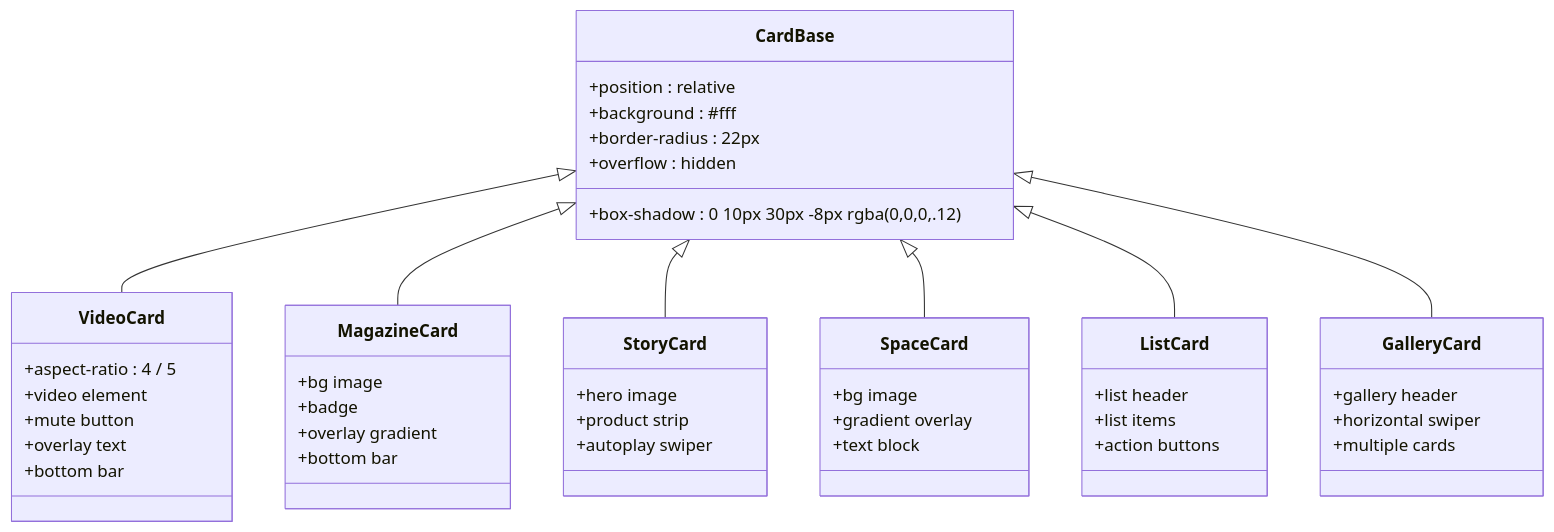
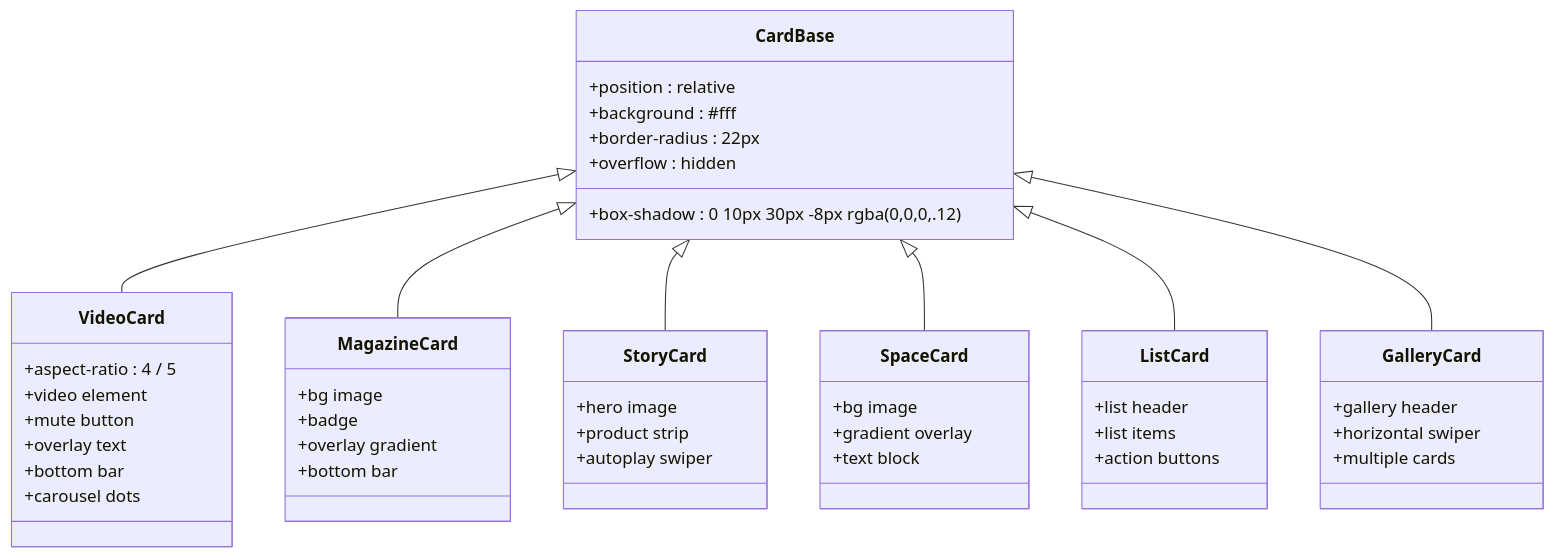
One commit to billye220670/newSquare changed the fourth of 7 diagrams in .qoder/repowiki/zh/content/样式和动画系统.md. Above: the diagram before and after it, drawn with Mermaid. The commit also changed other lines of this file and 14 other files, not shown here.

````diff
--- a/.qoder/repowiki/zh/content/样式和动画系统.md
+++ b/.qoder/repowiki/zh/content/样式和动画系统.md
@@ -198,49 +217,50 @@
 ```mermaid
 classDiagram
 class CardBase {
 +position : relative
 +background : #fff
 +border-radius : 22px
 +overflow : hidden
 +box-shadow : 0 10px 30px -8px rgba(0,0,0,.12)
 }
 class VideoCard {
 +aspect-ratio : 4 / 5
 +video element
 +mute button
 +overlay text
 +bottom bar
++carousel dots
 }
 class MagazineCard {
 +bg image
 +badge
 +overlay gradient
 +bottom bar
 }
 class StoryCard {
 +hero image
 +product strip
 +autoplay swiper
 }
 class SpaceCard {
 +bg image
 +gradient overlay
 +text block
 }
 class ListCard {
 +list header
 +list items
 +action buttons
 }
 class GalleryCard {
 +gallery header
 +horizontal swiper
 +multiple cards
 }
 CardBase <|-- VideoCard
 CardBase <|-- MagazineCard
 CardBase <|-- StoryCard
 CardBase <|-- SpaceCard
 CardBase <|-- ListCard
 CardBase <|-- GalleryCard
 ```
````
